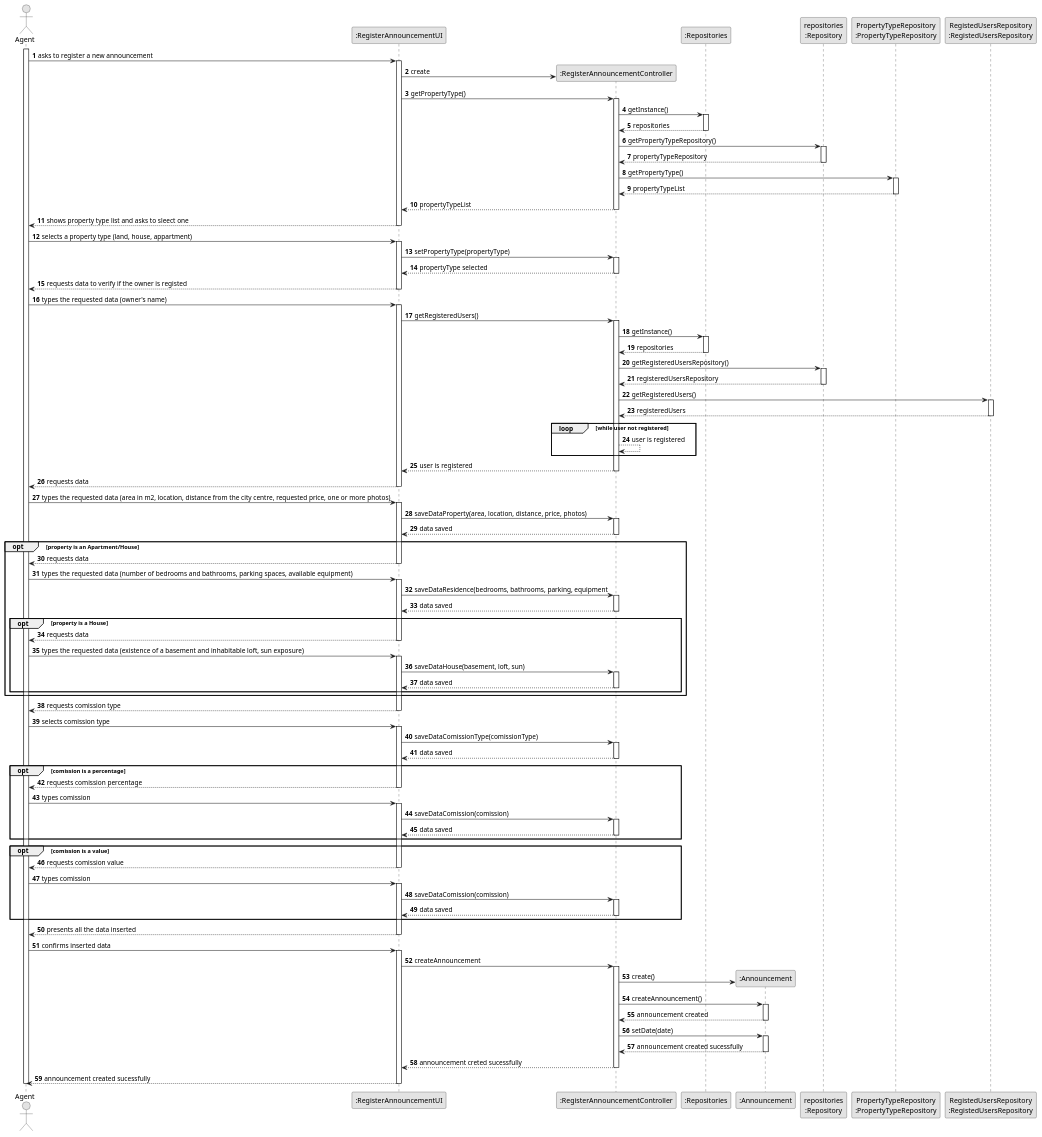
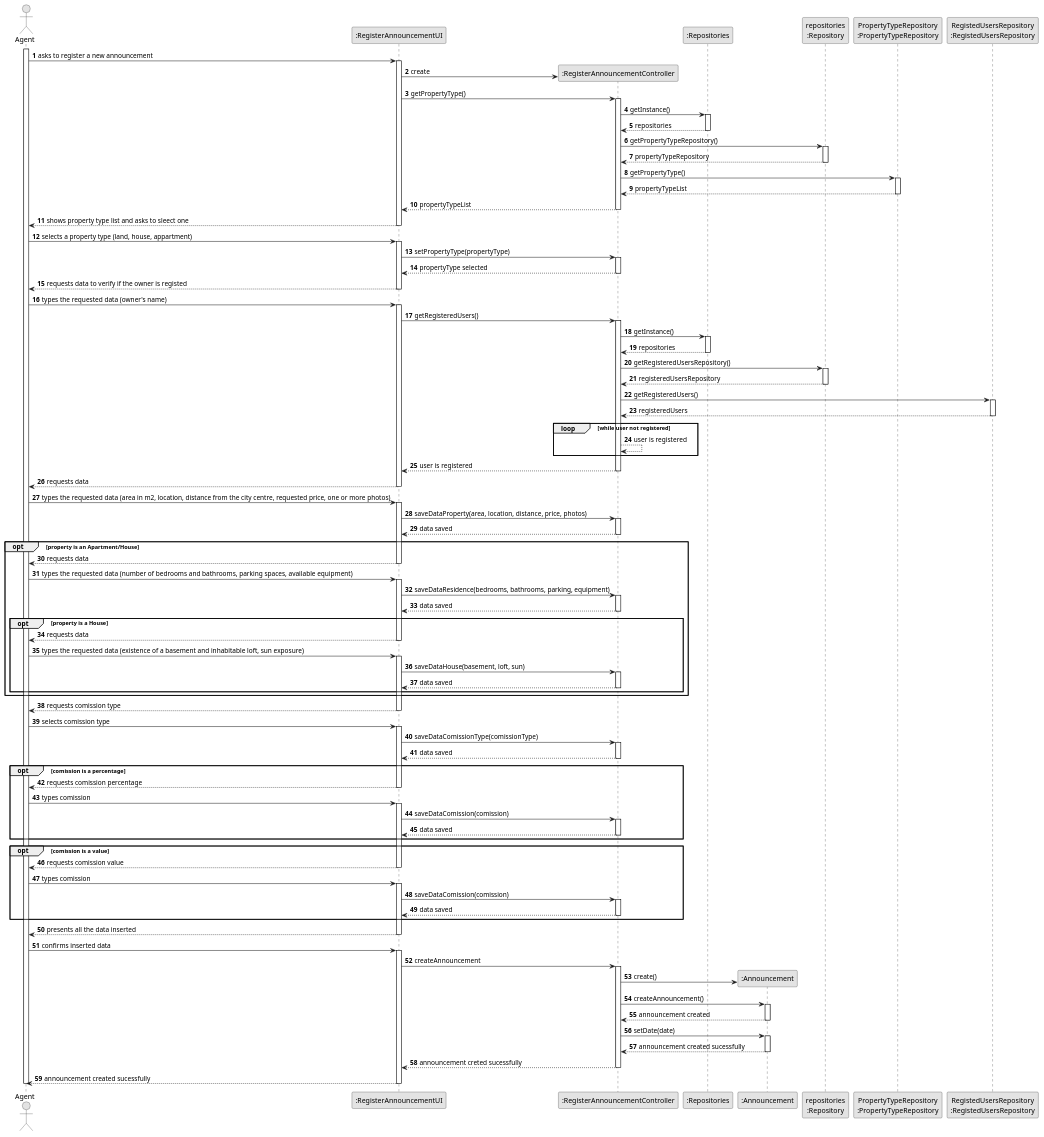
The diagram in docs/sprintB/us002/03.design/puml/us002-sequence-diagram-full.puml (1220812/LAPR2), drawn with PlantUML before and after one commit. The commit also changed 1 other file, not shown here.

```diff
--- a/docs/sprintB/us002/03.design/puml/us002-sequence-diagram-full.puml
+++ b/docs/sprintB/us002/03.design/puml/us002-sequence-diagram-full.puml
@@ -1,189 +1,189 @@
 @startuml
 skinparam monochrome true
 skinparam packageStyle rectangle
 skinparam shadowing false
 
 autonumber
 
 'hide footbox
 actor "Agent" as AGENT
 participant ":RegisterAnnouncementUI" as UI
 participant ":RegisterAnnouncementController" as CTRL
 participant ":Repositories" as REP
 participant ":Announcement" as ANCMT
 participant "repositories\n:Repository" as PLAT
 participant "PropertyTypeRepository\n:PropertyTypeRepository" as PropertyTypeREP
 participant "RegistedUsersRepository\n:RegistedUsersRepository" as RegistedUsersREP
 
 
 activate AGENT
 
         AGENT -> UI : asks to register a new announcement
 
         activate UI
 
             create CTRL
             UI -> CTRL** : create
 
             UI -> CTRL : getPropertyType()
             activate CTRL
 
                 CTRL -> REP : getInstance()
                 activate REP
 
                     REP --> CTRL: repositories
                 deactivate REP
 
                 CTRL -> PLAT : getPropertyTypeRepository()
                 activate PLAT
 
                     PLAT --> CTRL: propertyTypeRepository
                 deactivate PLAT
 
                 CTRL -> PropertyTypeREP : getPropertyType()
                 activate PropertyTypeREP
 
                     PropertyTypeREP --> CTRL : propertyTypeList
                 deactivate PropertyTypeREP
 
                 CTRL --> UI : propertyTypeList
             deactivate CTRL
 
             UI --> AGENT : shows property type list and asks to sleect one
         deactivate UI
 
     AGENT -> UI : selects a property type (land, house, appartment)
     activate UI
     UI -> CTRL : setPropertyType(propertyType)
     activate CTRL
     CTRL --> UI : propertyType selected
     deactivate CTRL
 
         UI --> AGENT : requests data to verify if the owner is registed
     deactivate UI
 
     AGENT -> UI : types the requested data (owner's name)
     activate UI
         UI -> CTRL : getRegisteredUsers()
         activate CTRL
         CTRL -> REP : getInstance()
         activate REP
         REP --> CTRL : repositories
         deactivate REP
         CTRL -> PLAT : getRegisteredUsersRepository()
         activate PLAT
         PLAT --> CTRL : registeredUsersRepository
         deactivate PLAT
         CTRL -> RegistedUsersREP : getRegisteredUsers()
         activate RegistedUsersREP
         RegistedUsersREP --> CTRL : registeredUsers
         deactivate RegistedUsersREP
         loop while user not registered
         CTRL --> CTRL : user is registered
         end loop
         CTRL --> UI : user is registered
         deactivate CTRL
         UI --> AGENT : requests data
         deactivate UI
 
         AGENT -> UI : types the requested data (area in m2, location, distance from the city centre, requested price, one or more photos)
         activate UI
         UI -> CTRL : saveDataProperty(area, location, distance, price, photos)
         activate CTRL
         CTRL --> UI : data saved
         deactivate CTRL
 
 
         opt property is an Apartment/House
 
         UI --> AGENT : requests data
     deactivate UI
 
     AGENT -> UI : types the requested data (number of bedrooms and bathrooms, parking spaces, available equipment)
         activate UI
 
-    UI -> CTRL : saveDataResidence(bedrooms, bathrooms, parking, equipment
+    UI -> CTRL : saveDataResidence(bedrooms, bathrooms, parking, equipment)
     activate CTRL
     CTRL --> UI : data saved
     deactivate CTRL
 
 
         opt property is a House
 
         UI --> AGENT : requests data
     deactivate UI
 AGENT -> UI : types the requested data (existence of a basement and inhabitable loft, sun exposure)
 activate UI
 UI -> CTRL : saveDataHouse(basement, loft, sun)
 activate CTRL
 CTRL --> UI : data saved
 deactivate CTRL
 
 end opt
 end opt
 UI --> AGENT : requests comission type
 deactivate UI
 AGENT -> UI : selects comission type
 activate UI
 UI -> CTRL : saveDataComissionType(comissionType)
 activate CTRL
 CTRL --> UI : data saved
 deactivate CTRL
 opt comission is a percentage
 UI --> AGENT : requests comission percentage
 deactivate UI
 AGENT -> UI : types comission
 activate UI
 UI -> CTRL : saveDataComission(comission)
 activate CTRL
 CTRL --> UI : data saved
 deactivate CTRL
 
 
 end opt
 
 opt comission is a value
 UI --> AGENT : requests comission value
 deactivate UI
 AGENT -> UI : types comission
 activate UI
 UI -> CTRL : saveDataComission(comission)
 activate CTRL
 CTRL --> UI : data saved
 deactivate CTRL
 end opt
 
 
 UI --> AGENT : presents all the data inserted
 
 deactivate UI
 
 AGENT -> UI : confirms inserted data
 
 activate UI
 UI -> CTRL : createAnnouncement
 activate CTRL
 CTRL -> ANCMT** : create()
 CTRL -> ANCMT : createAnnouncement()
 activate ANCMT
 ANCMT --> CTRL : announcement created
 deactivate ANCMT
 CTRL -> ANCMT : setDate(date)
 activate ANCMT
 ANCMT --> CTRL : announcement created sucessfully
 deactivate ANCMT
 
 CTRL --> UI : announcement creted sucessfully
 deactivate CTRL
 
 
 UI --> AGENT : announcement created sucessfully
 deactivate UI
 
 
 
 
 
 deactivate AGENT
 
 @enduml
```
